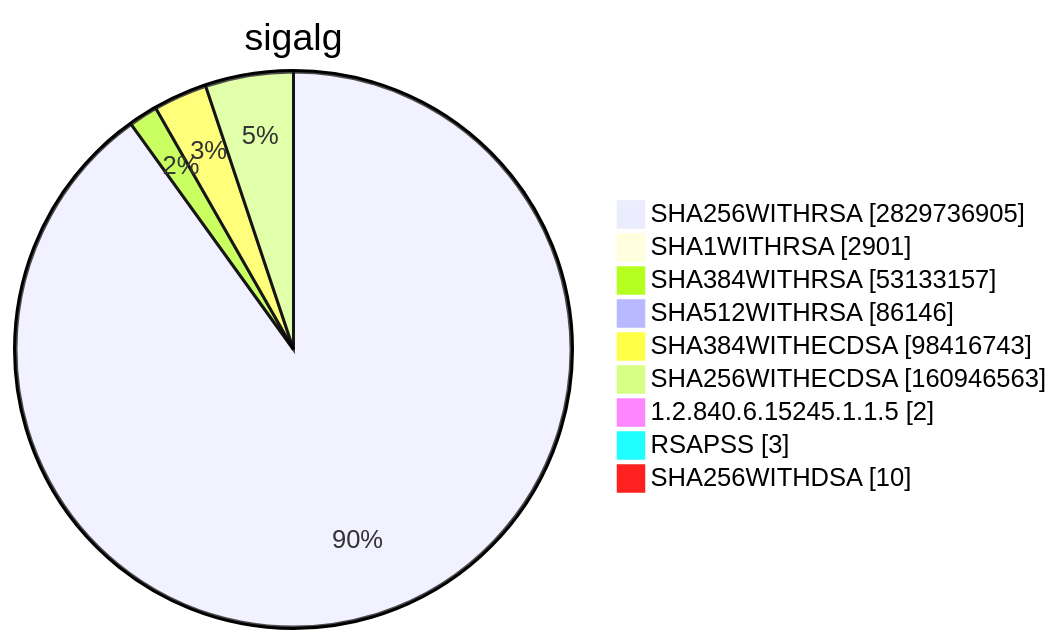
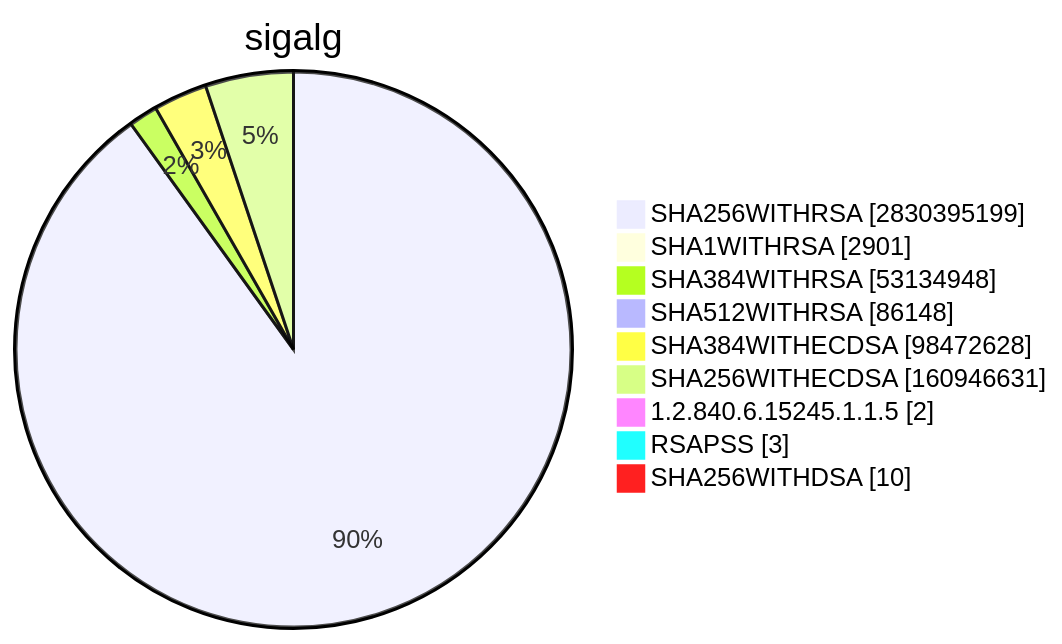
One commit to christiankrug/ctmonitor_visualization changed diagram 15 of 15 in TOTAL/README.md. Above: the diagram before and after it, drawn with Mermaid. The commit also changed other lines of this file, not shown here.

````diff
--- a/TOTAL/README.md
+++ b/TOTAL/README.md
@@ -6207,13 +6207,13 @@
 ```mermaid
 pie showData
 title sigalg
-"SHA256WITHRSA" :2829736905
+"SHA256WITHRSA" :2830395199
 "SHA1WITHRSA" :2901
-"SHA384WITHRSA" :53133157
-"SHA512WITHRSA" :86146
-"SHA384WITHECDSA" :98416743
-"SHA256WITHECDSA" :160946563
+"SHA384WITHRSA" :53134948
+"SHA512WITHRSA" :86148
+"SHA384WITHECDSA" :98472628
+"SHA256WITHECDSA" :160946631
 "1.2.840.6.15245.1.1.5" :2
 "RSAPSS" :3
 "SHA256WITHDSA" :10
 ```
````
